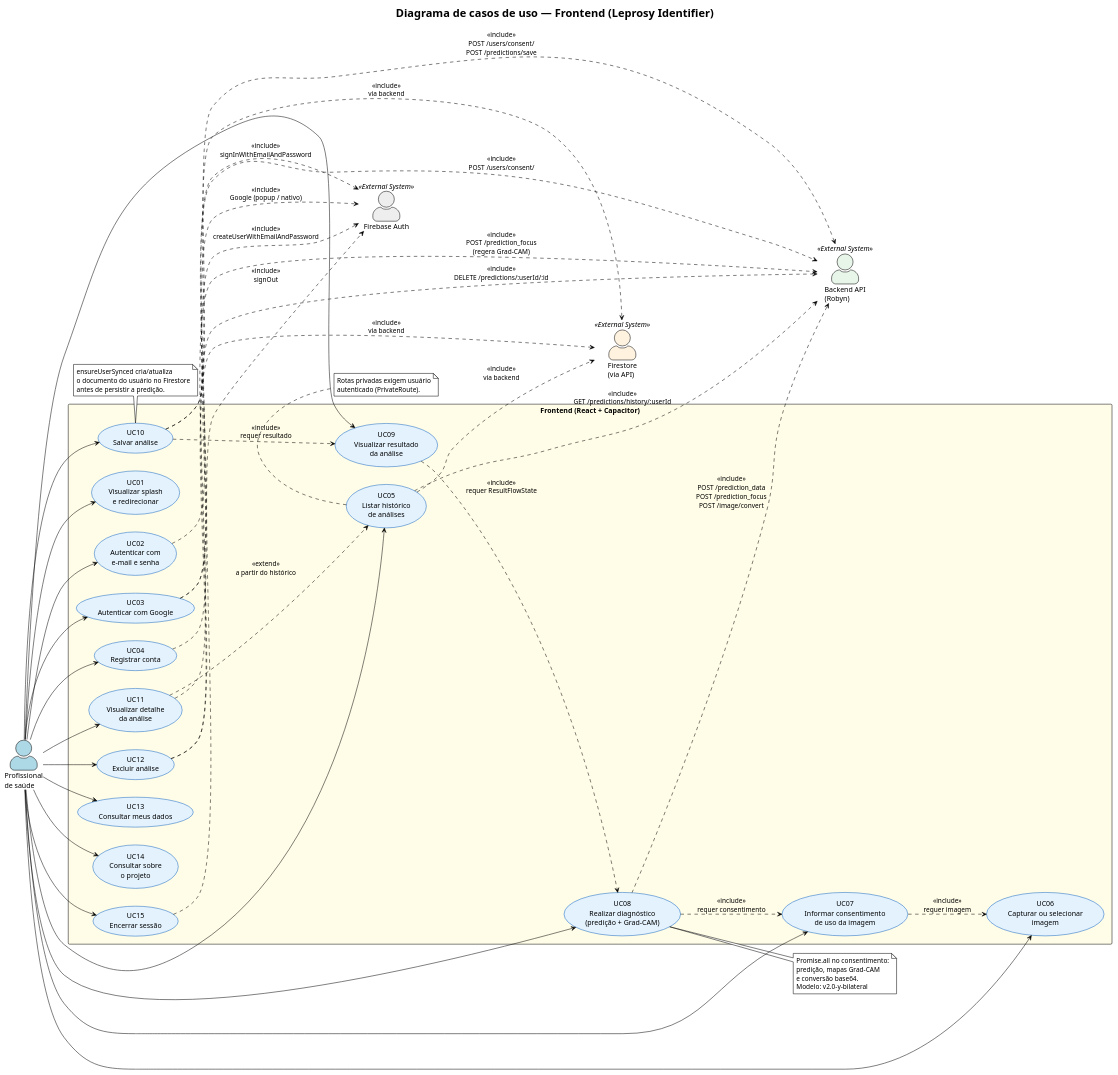
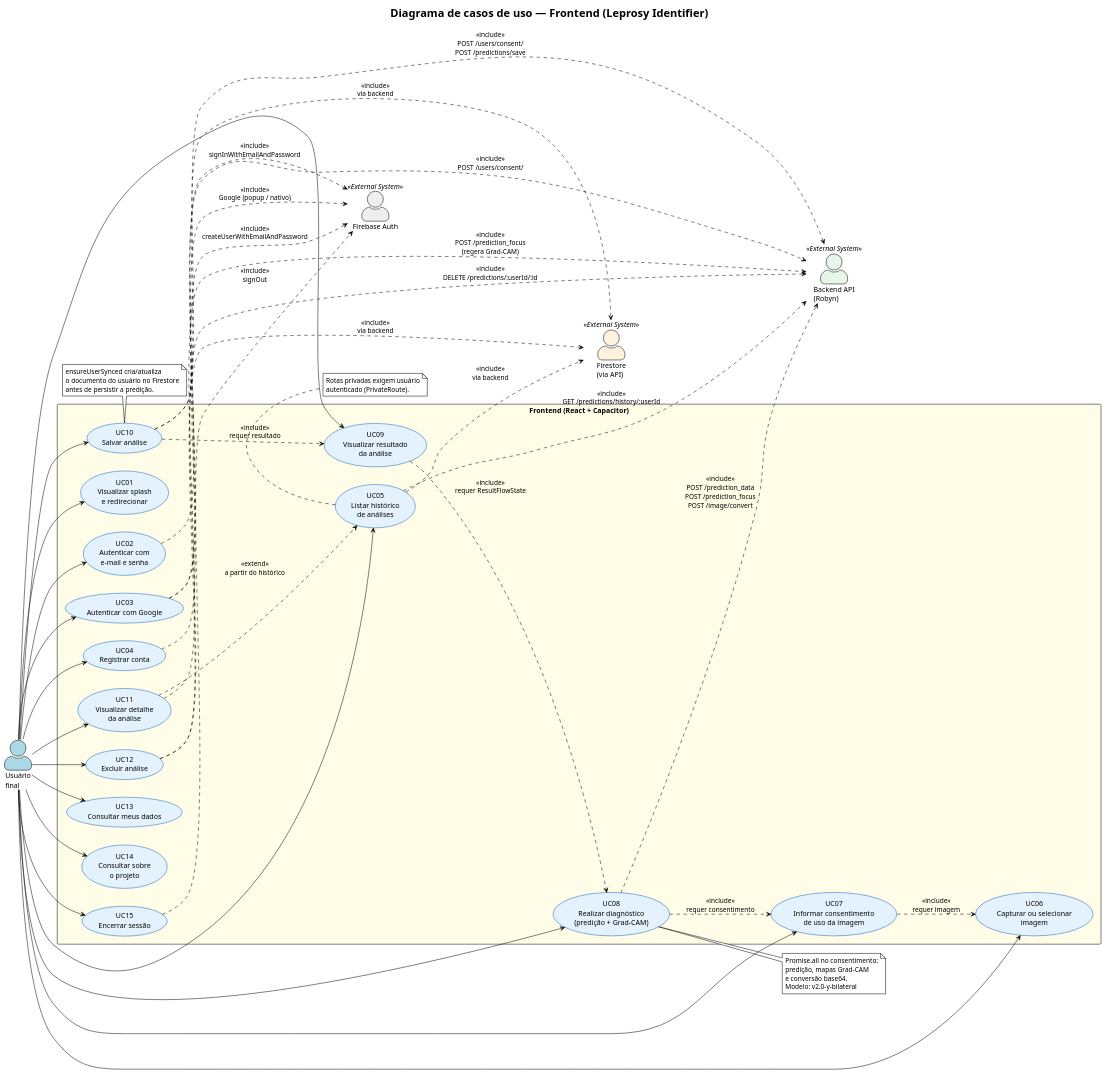
The diagram in app/frontend/docs/diagramas/casos-de-uso.puml (Alyssandro1771415/leprosy_classification_models-TCC), drawn with PlantUML before and after one commit. The commit also changed 61 other files, not shown here.

```diff
--- a/app/frontend/docs/diagramas/casos-de-uso.puml
+++ b/app/frontend/docs/diagramas/casos-de-uso.puml
@@ -1,89 +1,89 @@
 @startuml casos-de-uso
 !theme plain
 skinparam shadowing false
 skinparam actorStyle awesome
 skinparam usecase {
   BackgroundColor #E3F2FD
   BorderColor #1565C0
 }
 title Diagrama de casos de uso — Frontend (Leprosy Identifier)
 
 left to right direction
 
-actor "Profissional\nde saúde" as Profissional #LightBlue
+actor "Usuário\nfinal" as UsuarioFinal #LightBlue
 actor "Firebase Auth" as FirebaseAuth <<External System>> #EEEEEE
 actor "Backend API\n(Robyn)" as Backend <<External System>> #E8F5E9
 actor "Firestore\n(via API)" as Firestore <<External System>> #FFF3E0
 
 rectangle "Frontend (React + Capacitor)" as App #FFFDE7 {
   usecase "UC01\nVisualizar splash\ne redirecionar" as UC01
   usecase "UC02\nAutenticar com\ne-mail e senha" as UC02
   usecase "UC03\nAutenticar com Google" as UC03
   usecase "UC04\nRegistrar conta" as UC04
   usecase "UC05\nListar histórico\nde análises" as UC05
   usecase "UC06\nCapturar ou selecionar\nimagem" as UC06
   usecase "UC07\nInformar consentimento\nde uso da imagem" as UC07
   usecase "UC08\nRealizar diagnóstico\n(predição + Grad-CAM)" as UC08
   usecase "UC09\nVisualizar resultado\nda análise" as UC09
   usecase "UC10\nSalvar análise" as UC10
   usecase "UC11\nVisualizar detalhe\nda análise" as UC11
   usecase "UC12\nExcluir análise" as UC12
   usecase "UC13\nConsultar meus dados" as UC13
   usecase "UC14\nConsultar sobre\no projeto" as UC14
   usecase "UC15\nEncerrar sessão" as UC15
 }
 
-Profissional --> UC01
-Profissional --> UC02
-Profissional --> UC03
-Profissional --> UC04
-Profissional --> UC05
-Profissional --> UC06
-Profissional --> UC07
-Profissional --> UC08
-Profissional --> UC09
-Profissional --> UC10
-Profissional --> UC11
-Profissional --> UC12
-Profissional --> UC13
-Profissional --> UC14
-Profissional --> UC15
+UsuarioFinal --> UC01
+UsuarioFinal --> UC02
+UsuarioFinal --> UC03
+UsuarioFinal --> UC04
+UsuarioFinal --> UC05
+UsuarioFinal --> UC06
+UsuarioFinal --> UC07
+UsuarioFinal --> UC08
+UsuarioFinal --> UC09
+UsuarioFinal --> UC10
+UsuarioFinal --> UC11
+UsuarioFinal --> UC12
+UsuarioFinal --> UC13
+UsuarioFinal --> UC14
+UsuarioFinal --> UC15
 
 UC02 ..> FirebaseAuth : <<include>>\nsignInWithEmailAndPassword
 UC03 ..> FirebaseAuth : <<include>>\nGoogle (popup / nativo)
 UC03 ..> Backend : <<include>>\nPOST /users/consent/
 UC04 ..> FirebaseAuth : <<include>>\ncreateUserWithEmailAndPassword
 UC05 ..> Backend : <<include>>\nGET /predictions/history/:userId
 UC05 ..> Firestore : <<include>>\nvia backend
 UC07 ..> UC06 : <<include>>\nrequer imagem
 UC08 ..> UC07 : <<include>>\nrequer consentimento
 UC08 ..> Backend : <<include>>\nPOST /prediction_data\nPOST /prediction_focus\nPOST /image/convert
 UC09 ..> UC08 : <<include>>\nrequer ResultFlowState
 UC10 ..> UC09 : <<include>>\nrequer resultado
 UC10 ..> Backend : <<include>>\nPOST /users/consent/\nPOST /predictions/save
 UC10 ..> Firestore : <<include>>\nvia backend
 UC11 ..> UC05 : <<extend>>\na partir do histórico
 UC11 ..> Backend : <<include>>\nPOST /prediction_focus\n(regera Grad-CAM)
 UC12 ..> Backend : <<include>>\nDELETE /predictions/:userId/:id
 UC12 ..> Firestore : <<include>>\nvia backend
 UC15 ..> FirebaseAuth : <<include>>\nsignOut
 
 note right of UC08
   Promise.all no consentimento:
   predição, mapas Grad-CAM
   e conversão base64.
   Modelo: v2.0-y-bilateral
 end note
 
 note bottom of UC10
   ensureUserSynced cria/atualiza
   o documento do usuário no Firestore
   antes de persistir a predição.
 end note
 
 note bottom of UC05
   Rotas privadas exigem usuário
   autenticado (PrivateRoute).
 end note
 
 @enduml
```
